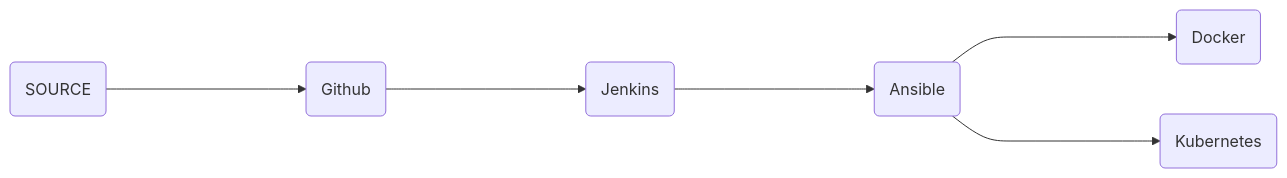
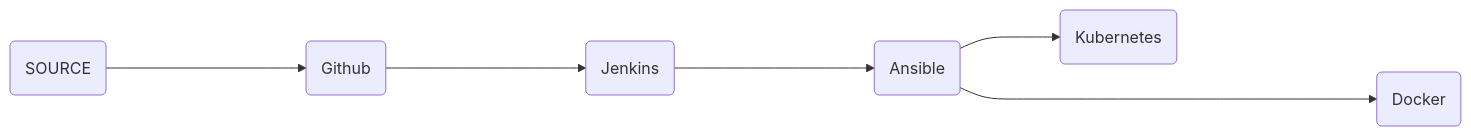
One commit to dev-hack95/devops_project_1 changed the diagram in README.md. Above: the diagram before and after it, drawn with Mermaid.

````diff
--- a/README.md
+++ b/README.md
@@ -3,8 +3,8 @@
 ```mermaid
 flowchart LR;
     A(SOURCE) -----> B(Github);
     B -----> C(Jenkins);
     C -----> D(Ansible);
-    D -----> E(Docker);
-    D -----> F(Kubernetes);
+    D -------> E(Docker);
+    D ---> F(Kubernetes);
 ```
````
